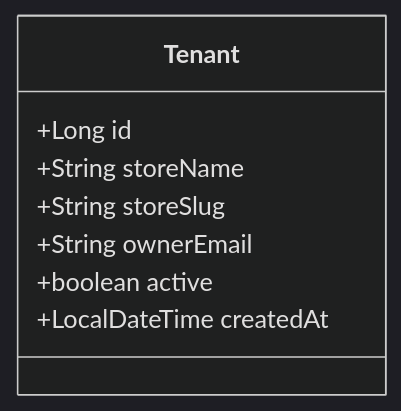
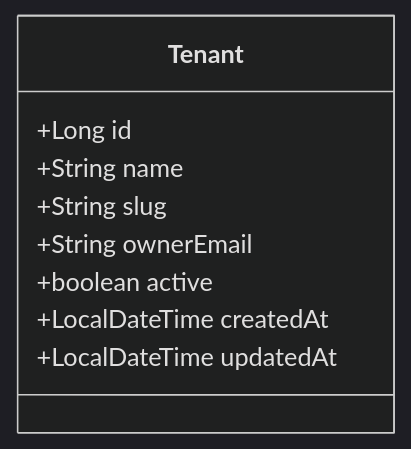
One commit to Firasbaklouti1/shopify-alternative changed the first of 3 diagrams in src/main/java/com/firas/saas/tenant/README.md. Above: the diagram before and after it, drawn with Mermaid (dark theme). The commit also changed other lines of this file and 77 other files, not shown here.

````diff
--- a/src/main/java/com/firas/saas/tenant/README.md
+++ b/src/main/java/com/firas/saas/tenant/README.md
@@ -15,11 +46,12 @@
 ```mermaid
 classDiagram
     class Tenant {
         +Long id
-        +String storeName
-        +String storeSlug
+        +String name
+        +String slug
         +String ownerEmail
         +boolean active
         +LocalDateTime createdAt
+        +LocalDateTime updatedAt
     }
 ```
````
